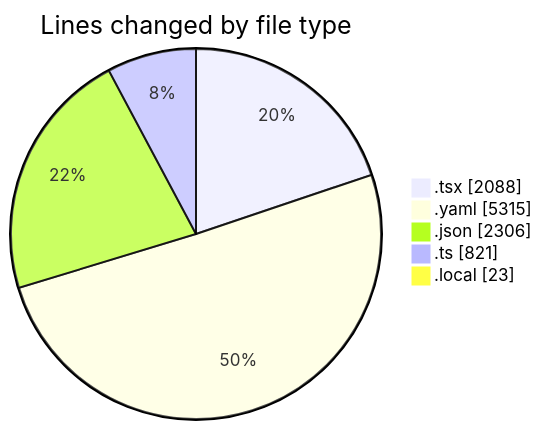
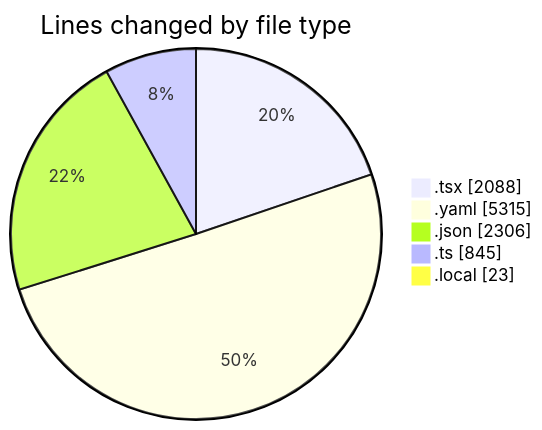
Before and after one commit to julien-gomy/code-tracking: the first of 2 diagrams in 2025-11-07/eventscop-frontend-guide__workspace_/README.md, drawn with Mermaid. The commit also changed other lines of this file and 1 other file, not shown here.

````diff
--- a/2025-11-07/eventscop-frontend-guide__workspace_/README.md
+++ b/2025-11-07/eventscop-frontend-guide__workspace_/README.md
@@ -48,9 +49,9 @@
 ```mermaid
 pie showData
 title Lines changed by file type
 ".tsx" : 2088
 ".yaml" : 5315
 ".json" : 2306
-".ts" : 821
+".ts" : 845
 ".local" : 23
 ```
````
